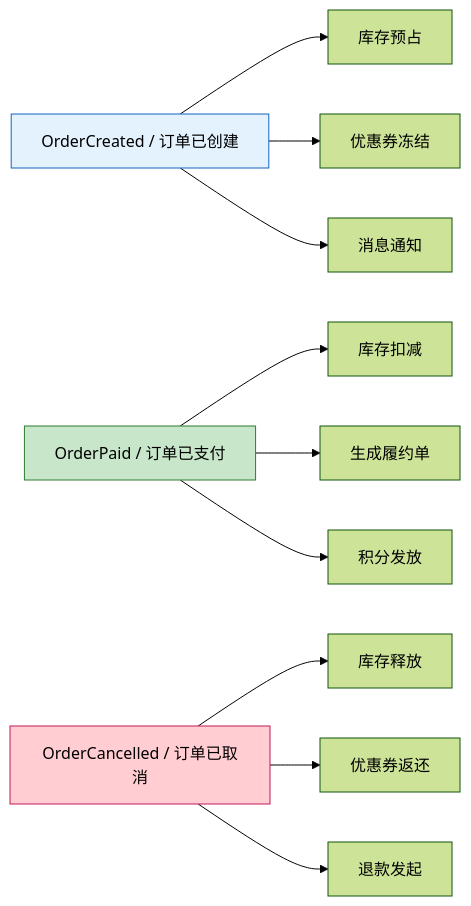
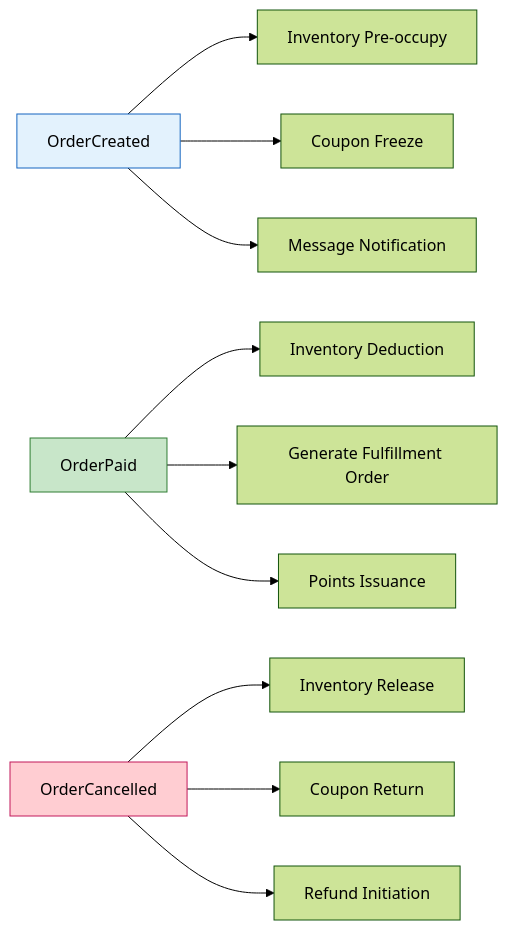
Before and after one commit to Kirky-X/cangjie: the fifth of 11 diagrams in templates/产品/产品层/【模板】功能需求文档.md, drawn with Mermaid (forest theme). The commit also changed other lines of this file and 46 other files, not shown here.

````diff
--- a/templates/产品/产品层/【模板】功能需求文档.md
+++ b/templates/产品/产品层/【模板】功能需求文档.md
@@ -215,18 +215,18 @@
 ```mermaid
 graph LR
-    E1[OrderCreated / 订单已创建] --> H1[库存预占]
-    E1 --> H2[优惠券冻结]
-    E1 --> H3[消息通知]
+    E1[OrderCreated] --> H1[Inventory Pre-occupy]
+    E1 --> H2[Coupon Freeze]
+    E1 --> H3[Message Notification]
 
-    E2[OrderPaid / 订单已支付] --> H4[库存扣减]
-    E2 --> H5[生成履约单]
-    E2 --> H6[积分发放]
+    E2[OrderPaid] --> H4[Inventory Deduction]
+    E2 --> H5[Generate Fulfillment Order]
+    E2 --> H6[Points Issuance]
 
-    E3[OrderCancelled / 订单已取消] --> H7[库存释放]
-    E3 --> H8[优惠券返还]
-    E3 --> H9[退款发起]
+    E3[OrderCancelled] --> H7[Inventory Release]
+    E3 --> H8[Coupon Return]
+    E3 --> H9[Refund Initiation]
 
     style E1 fill:#e3f2fd,stroke:#1565c0
     style E2 fill:#c8e6c9,stroke:#2e7d32
     style E3 fill:#ffcdd2,stroke:#c2185b
 ```
````
